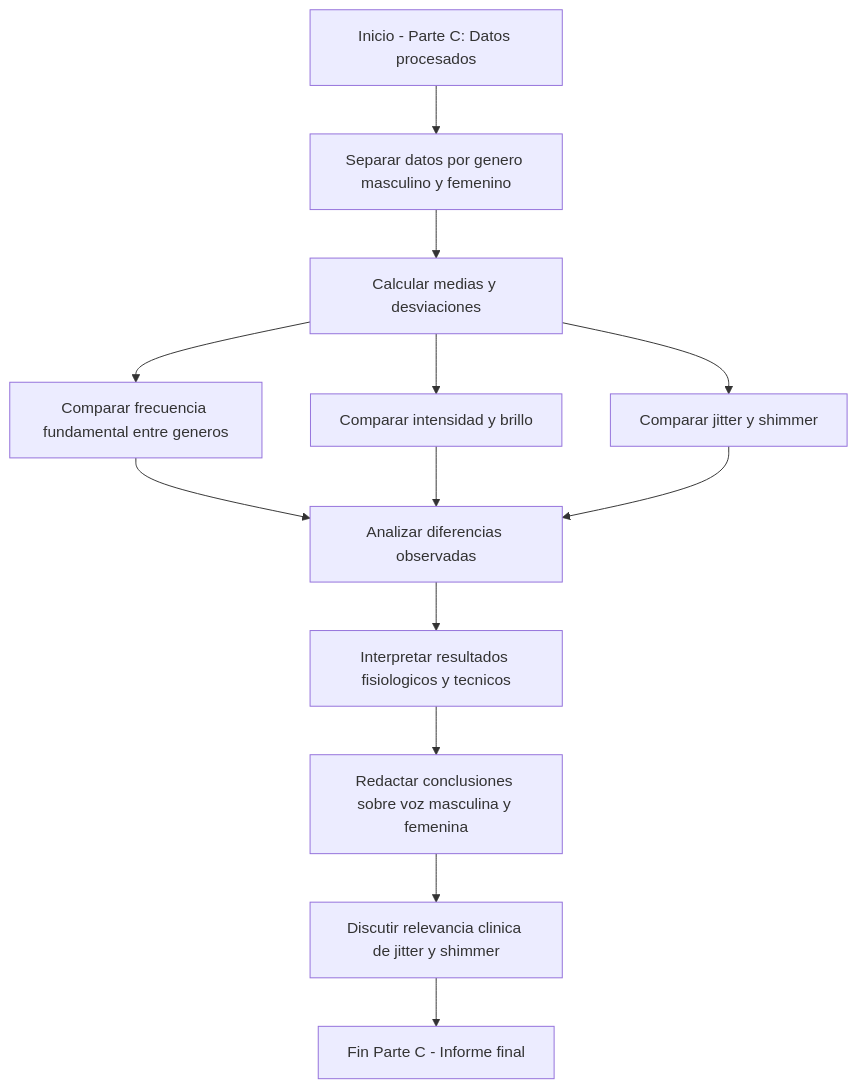
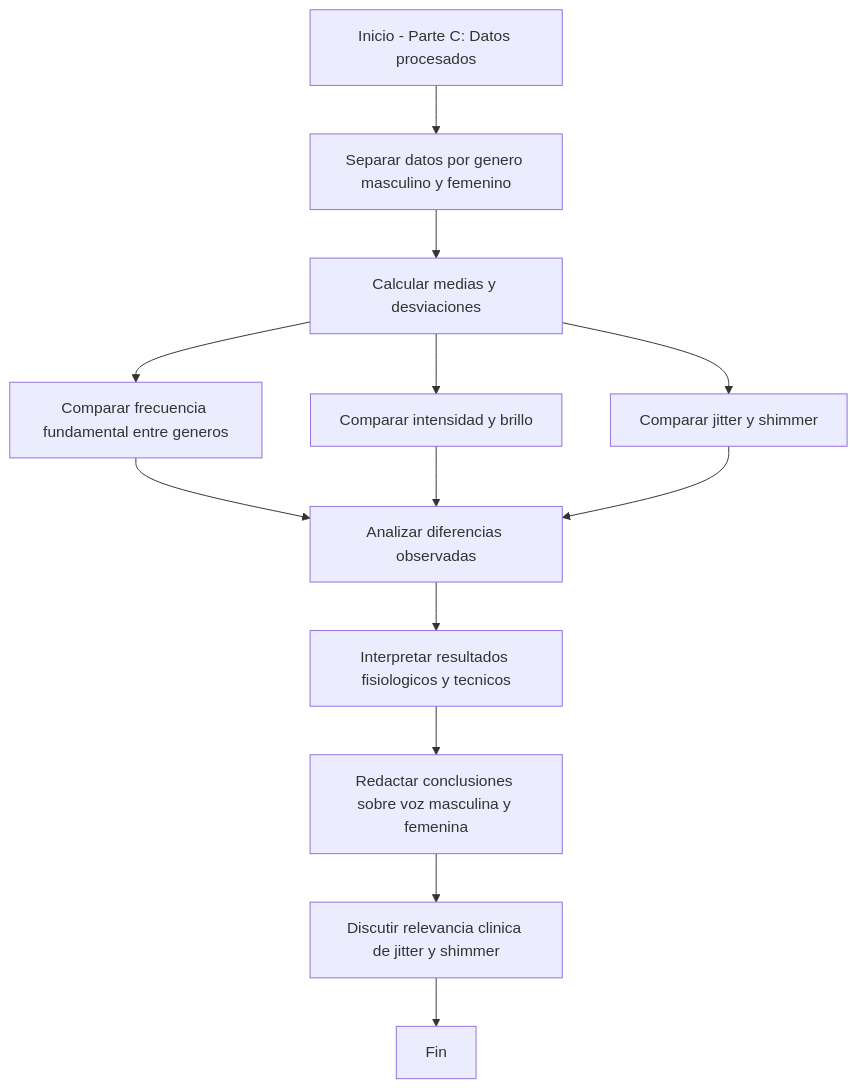
The third of 3 diagrams in README.md (LauraDaniela09/Laboratorio_3), drawn with Mermaid before and after one commit. The commit also changed other lines of this file, not shown here.

````diff
--- a/README.md
+++ b/README.md
@@ -739,15 +739,15 @@
 ```mermaid
 flowchart TD
   A[Inicio - Parte C: Datos procesados] --> B[Separar datos por genero masculino y femenino]
   B --> C[Calcular medias y desviaciones]
   C --> D[Comparar frecuencia fundamental entre generos]
   C --> E[Comparar intensidad y brillo]
   C --> F[Comparar jitter y shimmer]
   D --> G[Analizar diferencias observadas]
   E --> G
   F --> G
   G --> H[Interpretar resultados fisiologicos y tecnicos]
   H --> I[Redactar conclusiones sobre voz masculina y femenina]
   I --> J[Discutir relevancia clinica de jitter y shimmer]
-  J --> K[Fin Parte C - Informe final]
+  J --> K[Fin]
 ```
````
